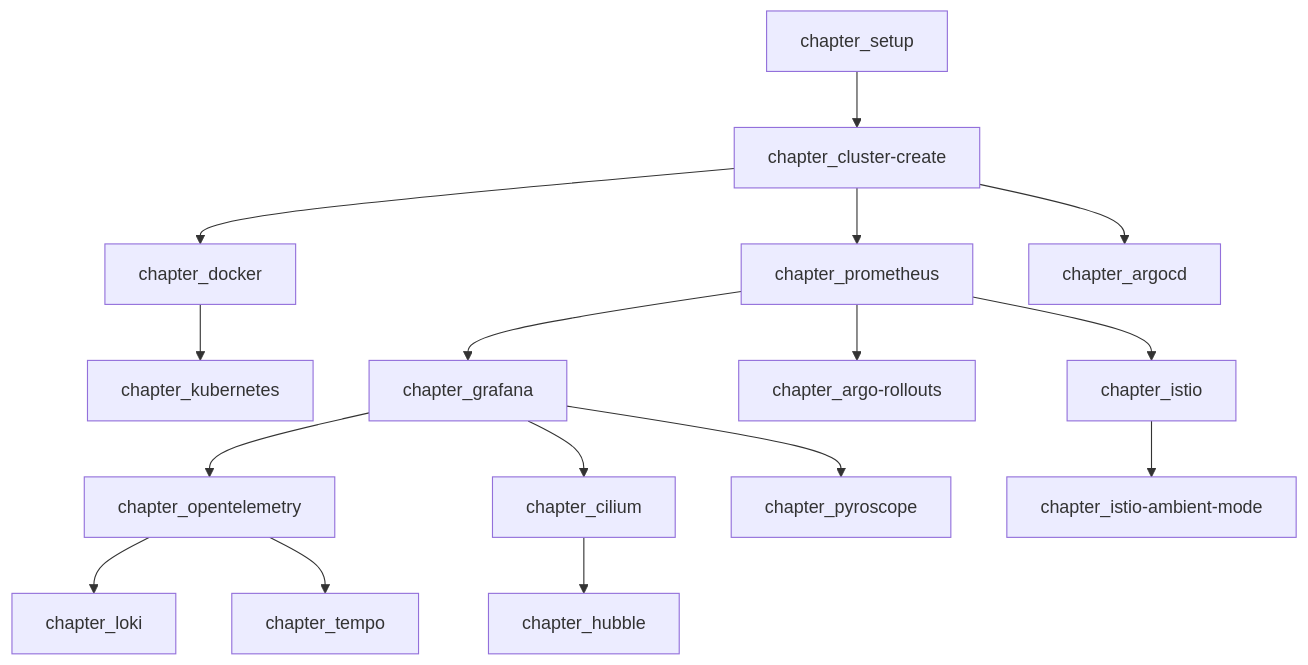
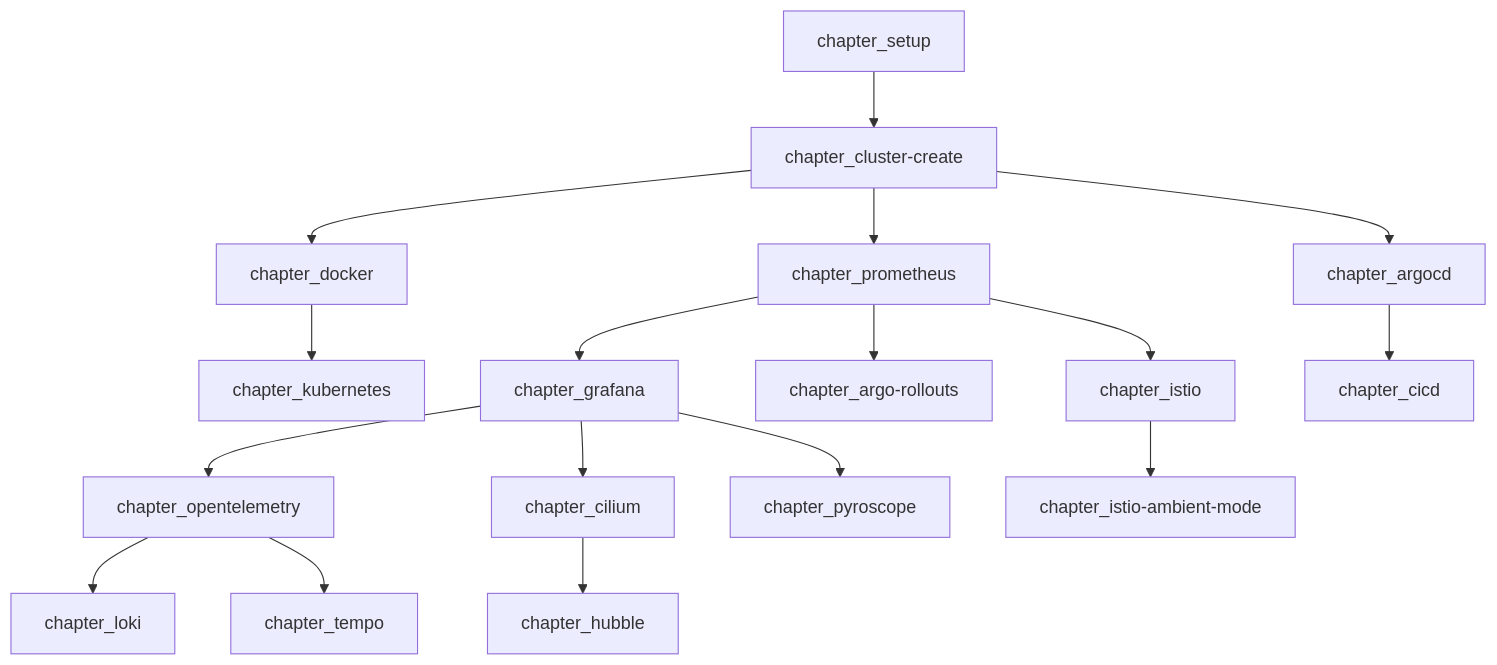
One commit to cloudnativedaysjp/cnd-handson changed the diagram in README.md. Above: the diagram before and after it, drawn with Mermaid. The commit also changed other lines of this file, not shown here.

Commit message:
CNDS2025向けに更新 * CDNW2024→CNDS2025 * chapter_cicdの追加

````diff
--- a/README.md
+++ b/README.md
@@ -29,40 +29,43 @@
 ```mermaid
 flowchart TD
     setup[chapter_setup]
     cluster[chapter_cluster-create]
     docker[chapter_docker]
     k8s[chapter_kubernetes]
     prom[chapter_prometheus]
     grafana[chapter_grafana]
     otel[chapter_opentelemetry]
     argocd[chapter_argocd]
     istio[chapter_istio]
     cilium[chapter_cilium]
     argorollouts[chapter_argo-rollouts]
     istioambient[chapter_istio-ambient-mode]
     hubble[chapter_hubble]
     loki[chapter_loki]
     tempo[chapter_tempo]
     pyroscope[chapter_pyroscope]
+    cicd[chapter_cicd]
 
     setup-->cluster
     cluster-->docker
     docker-->k8s
     cluster-->prom
     cluster-->argocd
 
     prom-->grafana
     prom-->argorollouts
     prom-->istio
 
     grafana-->otel
     grafana-->cilium
     grafana-->pyroscope
 
     otel-->loki
     otel-->tempo
 
     cilium-->hubble
 
     istio-->istioambient
+
+    argocd-->cicd
 ```
````
